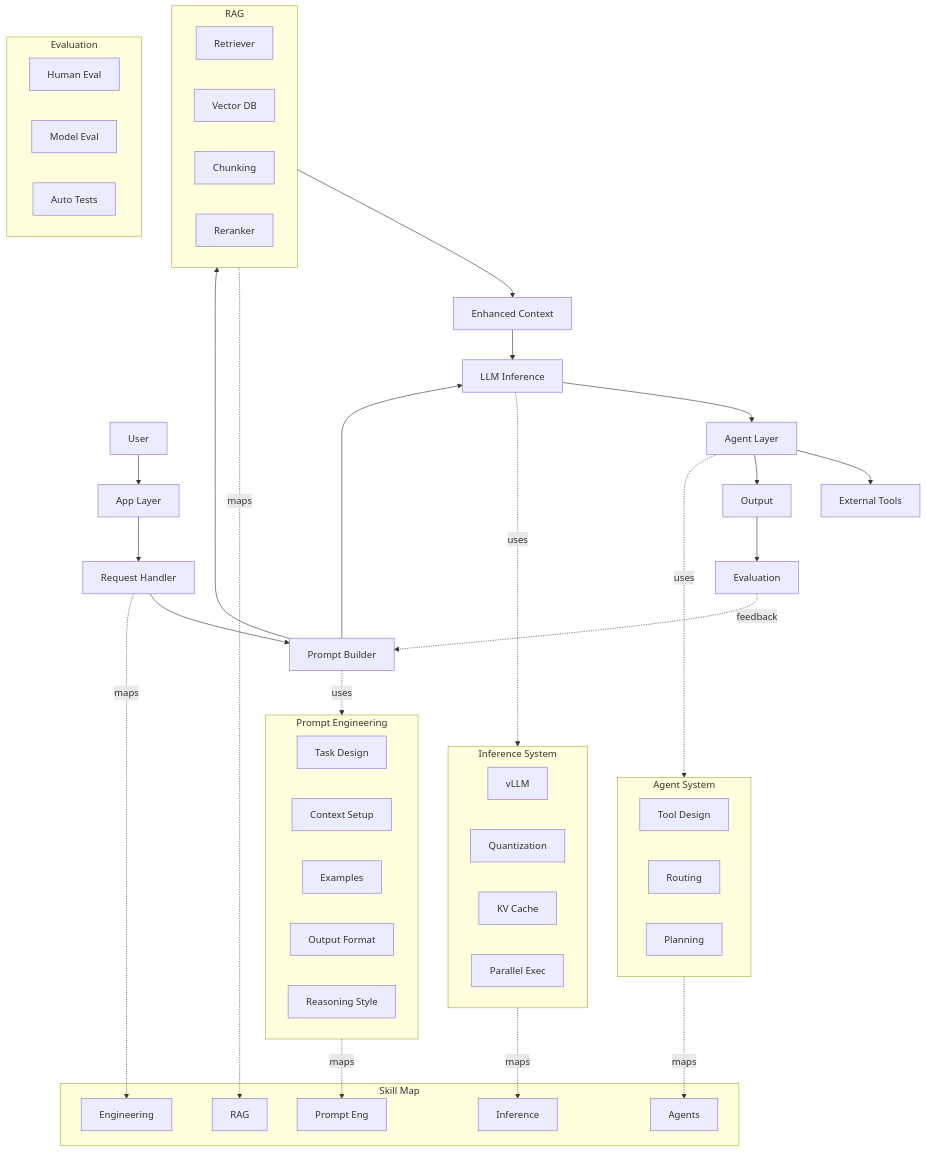
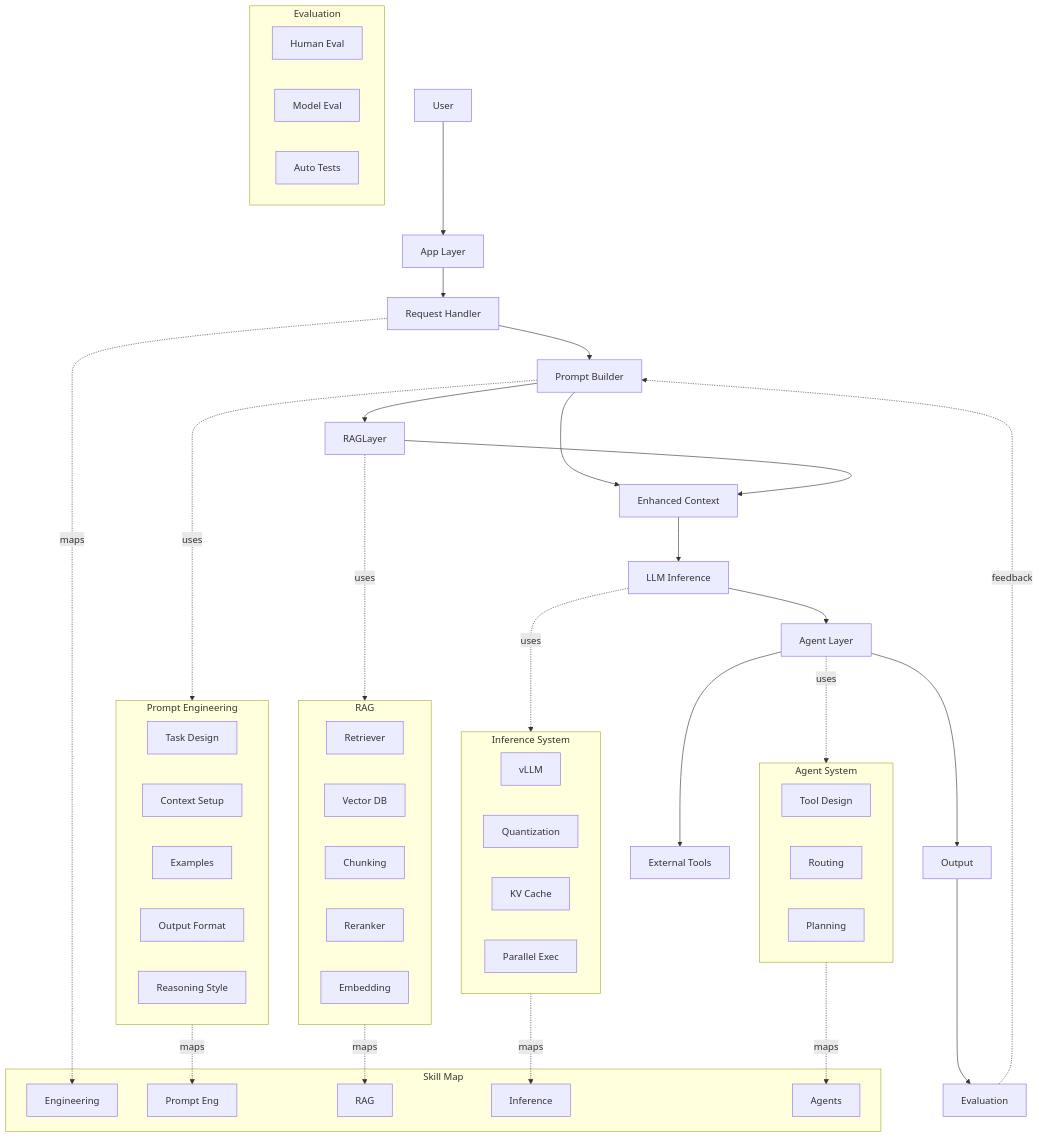
One commit to Poseiden/AI-Awesome changed the diagram in combined.md. Above: the diagram before and after it, drawn with Mermaid.

Commit message:
[fix]1. Add rag layer and insert embedding to it. 2.Link prompt builder(layer)to inference, not LLM directly.md

```diff
--- a/combined.md
+++ b/combined.md
@@ -19,20 +19,23 @@
     PE_Reason[Reasoning Style]
   end
   PromptLayer -. uses .-> PromptEngine
+  PromptLayer --> EnhancedContext[Enhanced Context]
 
   %% RAG
-  PromptLayer --> RAG
+  RAGLayer[RAGLayer]
+  PromptLayer --> RAGLayer
+  RAGLayer -. uses .-> RAG
   subgraph RAG[RAG]
     Rag_Retriever[Retriever]
     Rag_VectorDB[Vector DB]
     Rag_Chunk[Chunking]
     Rag_Rerank[Reranker]
+    Rag_Embedding[Embedding]
   end
-  RAG --> EnhancedContext[Enhanced Context]
+  RAGLayer --> EnhancedContext[Enhanced Context]
 
   %% Inference
   EnhancedContext --> LLM
-  PromptLayer --> LLM
   LLM[LLM Inference]
 
   subgraph InferenceSys[Inference System]
@@ -70,11 +73,11 @@
 
   %% Skill Map
   subgraph SkillMap[Skill Map]
+    Skill_Eng[Engineering]
     Skill_Prompt[Prompt Eng]
     Skill_RAG[RAG]
+    Skill_Infer[Inference]
     Skill_Agent[Agents]
-    Skill_Infer[Inference]
-    Skill_Eng[Engineering]
   end
 
   PromptEngine -. maps .-> Skill_Prompt
```
